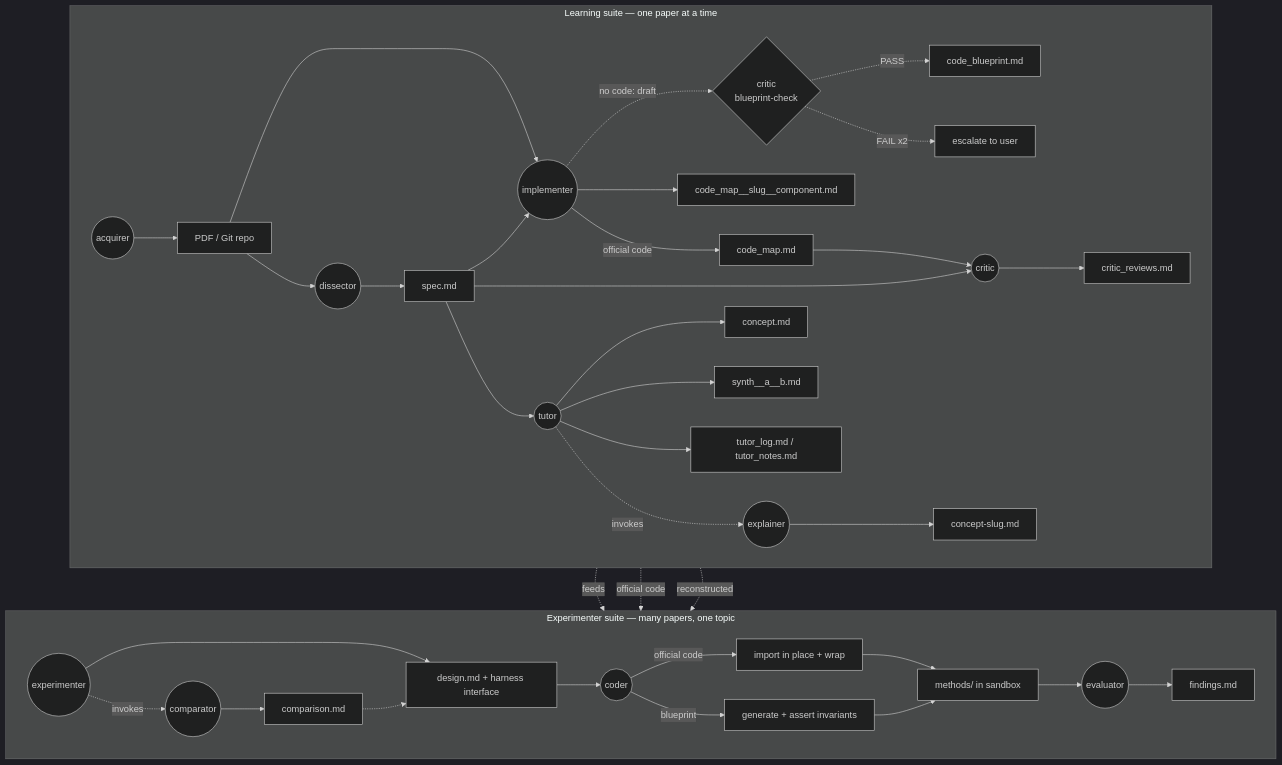
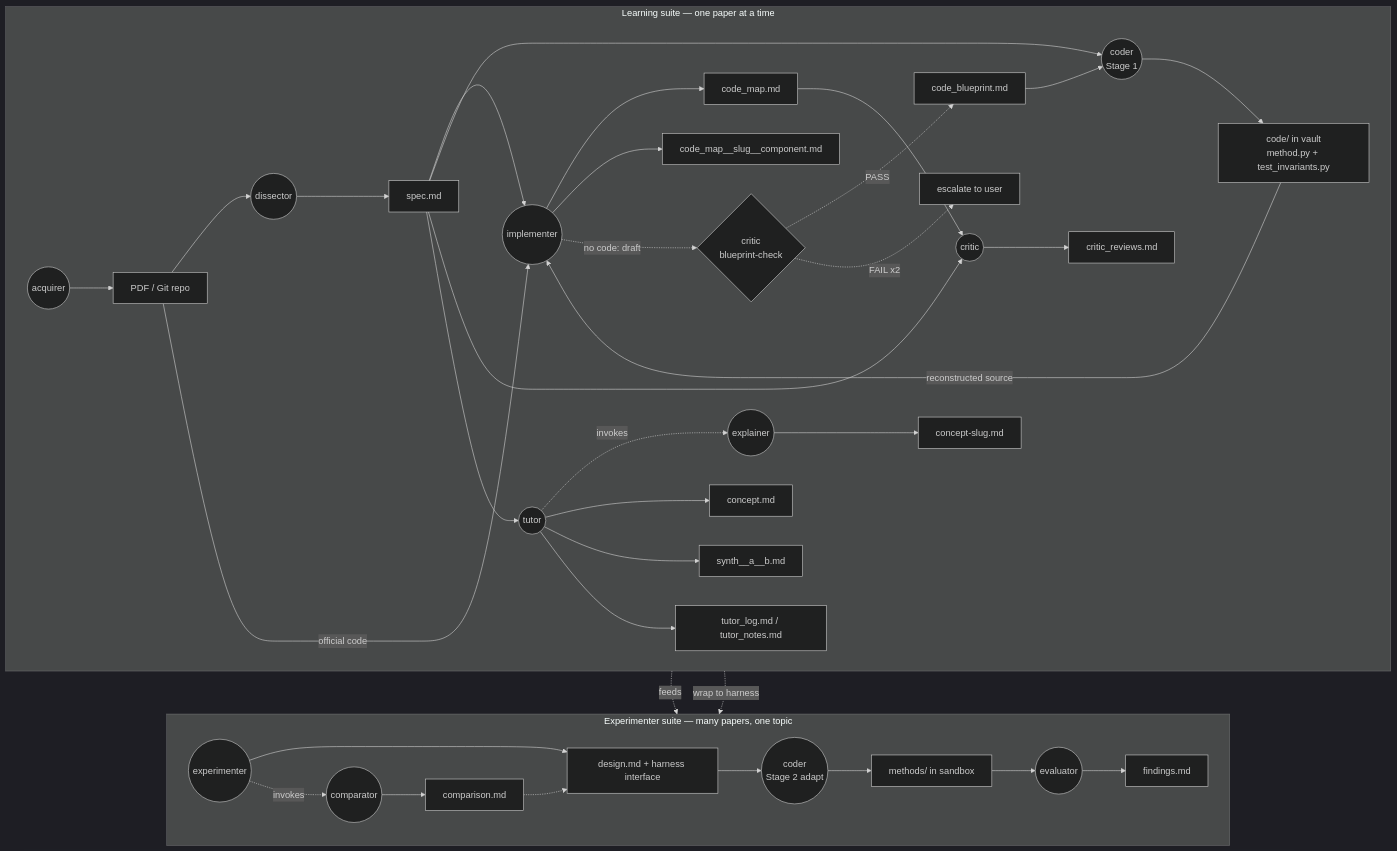
Before and after one commit to outboundbird/paperlab-cursor: the diagram in README.md, drawn with Mermaid (dark theme). The commit also changed other lines of this file and 13 other files, not shown here.

Commit message:
Unify no-code and official-code branches: implementer maps reconstructed coder code into code_map.md, critic audits it, with CLI-based vault-code path resolution.

````diff
--- a/README.md
+++ b/README.md
@@ -8,47 +8,48 @@
 ```mermaid
 flowchart TB
     subgraph Learning["Learning suite — one paper at a time"]
         direction LR
         Acquirer((acquirer)) --> Sources[PDF / Git repo]
         Sources --> Dissector((dissector))
         Dissector --> Spec[spec.md]
 
         Spec --> Implementer((implementer))
-        Sources --> Implementer
-        Implementer -->|official code| CodeMap[code_map.md]
+        Sources -->|official code| Implementer
+        Implementer --> CodeMap[code_map.md]
         Implementer --> DeepDive[code_map__slug__component.md]
         Implementer -.->|no code: draft| BPgate{critic<br/>blueprint-check}
         BPgate -.->|PASS| Blueprint[code_blueprint.md]
         BPgate -.->|FAIL x2| Escalate[escalate to user]
+
+        Spec --> Coder((coder<br/>Stage 1))
+        Blueprint --> Coder
+        Coder --> VaultCode["code/ in vault<br/>method.py + test_invariants.py"]
+        VaultCode -->|reconstructed source| Implementer
 
         Spec --> Critic((critic))
         CodeMap --> Critic
         Critic --> Review[critic_reviews.md]
 
         Spec --> Tutor((tutor))
         Tutor -. invokes .-> Explainer((explainer))
         Explainer --> ConceptBound[concept-slug.md]
         Tutor --> Concept[concept.md]
         Tutor --> Synth[synth__a__b.md]
         Tutor --> TutorLog[tutor_log.md / tutor_notes.md]
     end
 
     subgraph Experiment["Experimenter suite — many papers, one topic"]
         direction LR
         Experimenter((experimenter)) -. invokes .-> Comparator((comparator))
         Comparator --> Comparison[comparison.md]
         Experimenter --> Design[design.md + harness interface]
-        Design --> Coder((coder))
         Comparison -.-> Design
-        Coder -->|official code| ImportWrap[import in place + wrap]
-        Coder -->|blueprint| GenAssert[generate + assert invariants]
-        ImportWrap --> Methods[methods/ in sandbox]
-        GenAssert --> Methods
+        Design --> Adapt((coder<br/>Stage 2 adapt))
+        Adapt --> Methods[methods/ in sandbox]
         Methods --> Evaluator((evaluator))
         Evaluator --> Findings[findings.md]
     end
 
     Spec -. feeds .-> Experimenter
-    CodeMap -. official code .-> Coder
-    Blueprint -. reconstructed .-> Coder
+    VaultCode -. wrap to harness .-> Adapt
 ```
````
